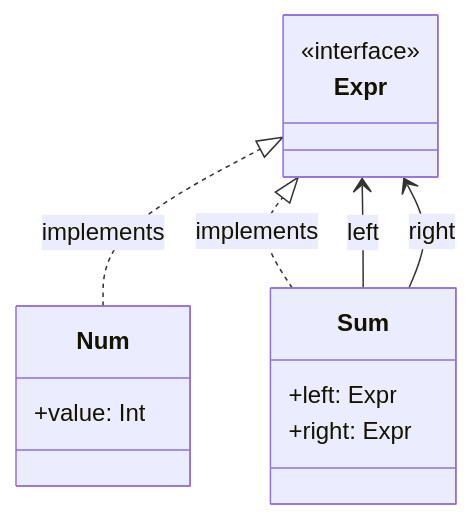
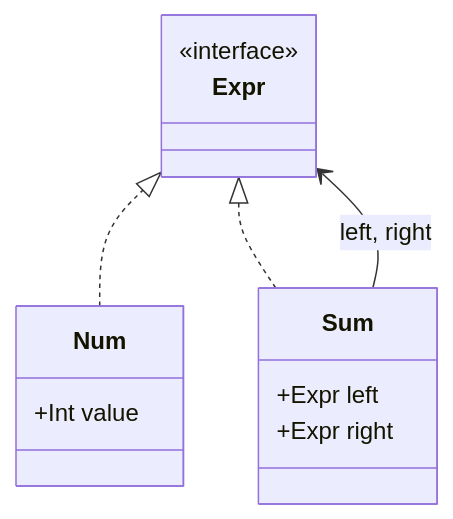
Before and after one commit to SehuiJang/kotlin_exercise: the diagram in kotlin-in-action/chapter-02/code-12/README_draft.md, drawn with Mermaid.

````diff
--- a/kotlin-in-action/chapter-02/code-12/README_draft.md
+++ b/kotlin-in-action/chapter-02/code-12/README_draft.md
@@ -27,22 +27,21 @@
     ```mermaid
     classDiagram
         direction BT
     
         class Expr {
             <<interface>>
         }
     
         class Num {
-            +value: Int
+            +Int value
         }
     
         class Sum {
-            +left: Expr
-            +right: Expr
+            +Expr left
+            +Expr right
         }
     
-        Num ..|> Expr : implements
-        Sum ..|> Expr : implements
-        Sum --> Expr : left
-        Sum --> Expr : right
+        Num ..|> Expr
+        Sum ..|> Expr
+        Sum --> Expr : left, right
     ```
````
